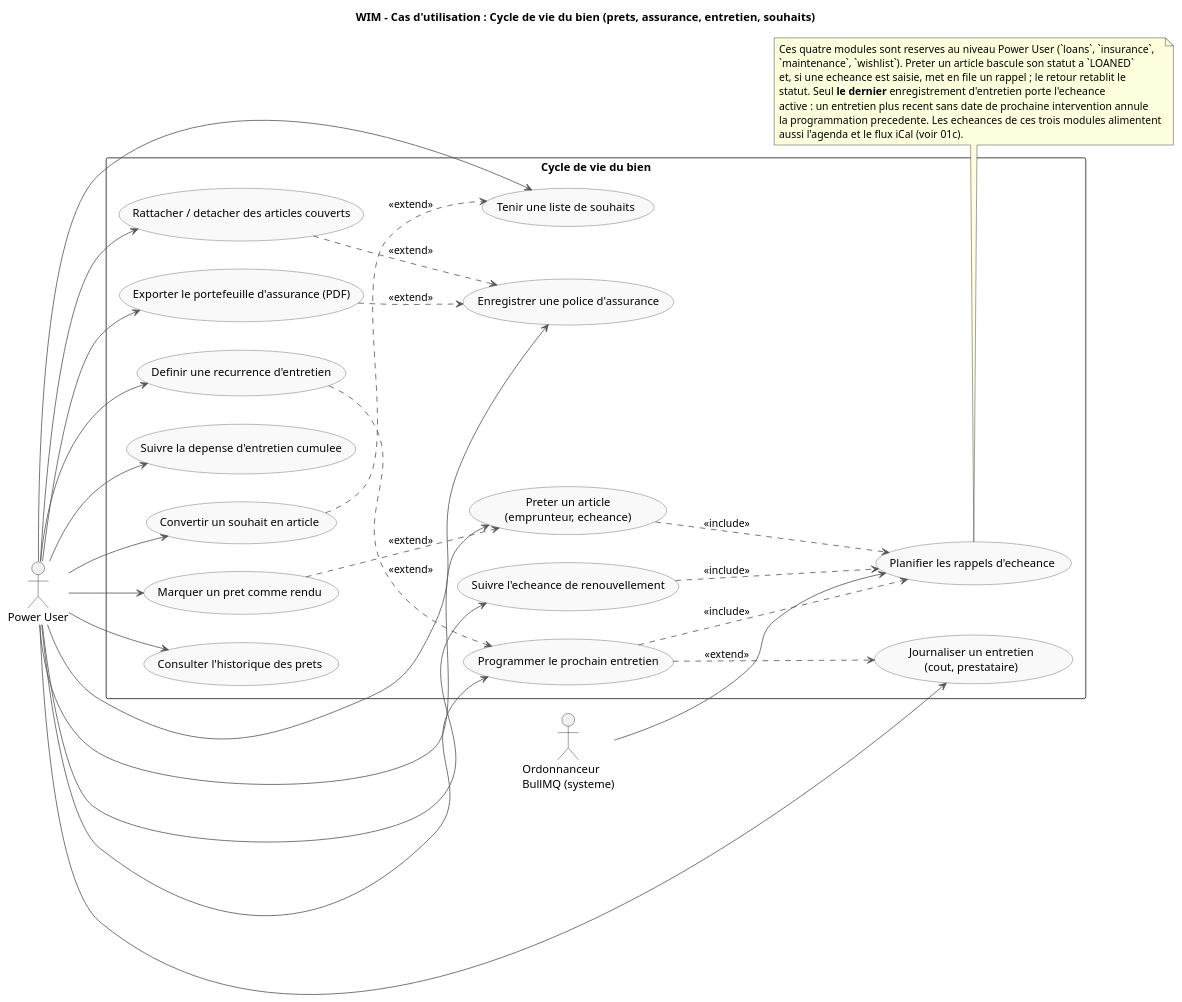
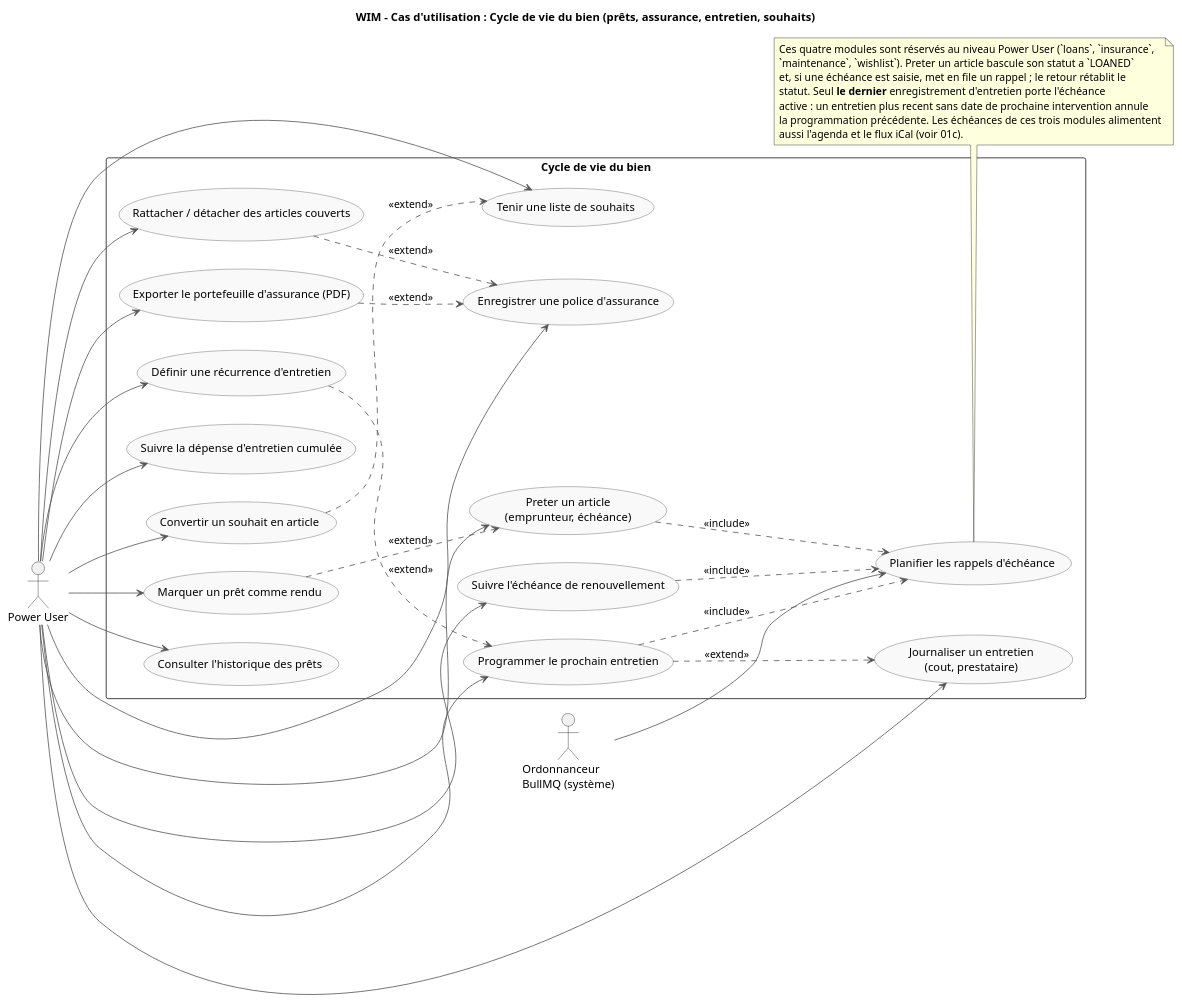
One commit to SGCSBorges/WIM changed the diagram in docs/uml/01d-uc-cycle-de-vie.puml. Above: the diagram before and after it, drawn with PlantUML. The commit also changed 19 other files, not shown here.

First line of the commit message:
UML: restore French accents in the ten new diagram sources

```diff
--- a/docs/uml/01d-uc-cycle-de-vie.puml
+++ b/docs/uml/01d-uc-cycle-de-vie.puml
@@ -1,70 +1,70 @@
 @startuml
-title WIM – Cas d'utilisation : Cycle de vie du bien (prets, assurance, entretien, souhaits)
+title WIM – Cas d'utilisation : Cycle de vie du bien (prêts, assurance, entretien, souhaits)
 
 left to right direction
 skinparam packageStyle rectangle
 skinparam usecase {
   BackgroundColor #f9f9f9
   BorderColor #555
   ArrowColor #555
 }
 
 actor "Power User" as PowerUser
-actor "Ordonnanceur\nBullMQ (systeme)" as Scheduler
+actor "Ordonnanceur\nBullMQ (système)" as Scheduler
 
 rectangle "Cycle de vie du bien" {
-  usecase "Preter un article\n(emprunteur, echeance)" as UC_Lend
-  usecase "Marquer un pret comme rendu" as UC_Return
-  usecase "Consulter l'historique des prets" as UC_LoanHist
+  usecase "Preter un article\n(emprunteur, échéance)" as UC_Lend
+  usecase "Marquer un prêt comme rendu" as UC_Return
+  usecase "Consulter l'historique des prêts" as UC_LoanHist
   usecase "Enregistrer une police d'assurance" as UC_Policy
-  usecase "Rattacher / detacher des articles couverts" as UC_Cover
-  usecase "Suivre l'echeance de renouvellement" as UC_Renewal
+  usecase "Rattacher / détacher des articles couverts" as UC_Cover
+  usecase "Suivre l'échéance de renouvellement" as UC_Renewal
   usecase "Exporter le portefeuille d'assurance (PDF)" as UC_InsPdf
   usecase "Journaliser un entretien\n(cout, prestataire)" as UC_Service
   usecase "Programmer le prochain entretien" as UC_NextDue
-  usecase "Definir une recurrence d'entretien" as UC_Interval
-  usecase "Suivre la depense d'entretien cumulee" as UC_Spend
+  usecase "Définir une récurrence d'entretien" as UC_Interval
+  usecase "Suivre la dépense d'entretien cumulée" as UC_Spend
   usecase "Tenir une liste de souhaits" as UC_Wishlist
   usecase "Convertir un souhait en article" as UC_Convert
-  usecase "Planifier les rappels d'echeance" as UC_Schedule
+  usecase "Planifier les rappels d'échéance" as UC_Schedule
 }
 
 PowerUser --> UC_Lend
 PowerUser --> UC_Return
 PowerUser --> UC_LoanHist
 PowerUser --> UC_Policy
 PowerUser --> UC_Cover
 PowerUser --> UC_Renewal
 PowerUser --> UC_InsPdf
 PowerUser --> UC_Service
 PowerUser --> UC_NextDue
 PowerUser --> UC_Interval
 PowerUser --> UC_Spend
 PowerUser --> UC_Wishlist
 PowerUser --> UC_Convert
 
 Scheduler --> UC_Schedule
 
-' Include : preter un article planifie toujours le rappel d'echeance.
+' Include : preter un article planifié toujours le rappel d'échéance.
 UC_Lend ..> UC_Schedule : <<include>>
 UC_NextDue ..> UC_Schedule : <<include>>
 UC_Renewal ..> UC_Schedule : <<include>>
 
 ' Extend : cas optionnels.
 UC_Return ..> UC_Lend : <<extend>>
 UC_Cover ..> UC_Policy : <<extend>>
 UC_InsPdf ..> UC_Policy : <<extend>>
 UC_NextDue ..> UC_Service : <<extend>>
 UC_Interval ..> UC_NextDue : <<extend>>
 UC_Convert ..> UC_Wishlist : <<extend>>
 
 note bottom
-Ces quatre modules sont reserves au niveau Power User (`loans`, `insurance`,
+Ces quatre modules sont réservés au niveau Power User (`loans`, `insurance`,
 `maintenance`, `wishlist`). Preter un article bascule son statut a `LOANED`
-et, si une echeance est saisie, met en file un rappel ; le retour retablit le
-statut. Seul **le dernier** enregistrement d'entretien porte l'echeance
+et, si une échéance est saisie, met en file un rappel ; le retour rétablit le
+statut. Seul **le dernier** enregistrement d'entretien porte l'échéance
 active : un entretien plus recent sans date de prochaine intervention annule
-la programmation precedente. Les echeances de ces trois modules alimentent
+la programmation précédente. Les échéances de ces trois modules alimentent
 aussi l'agenda et le flux iCal (voir 01c).
 end note
 @enduml
```
